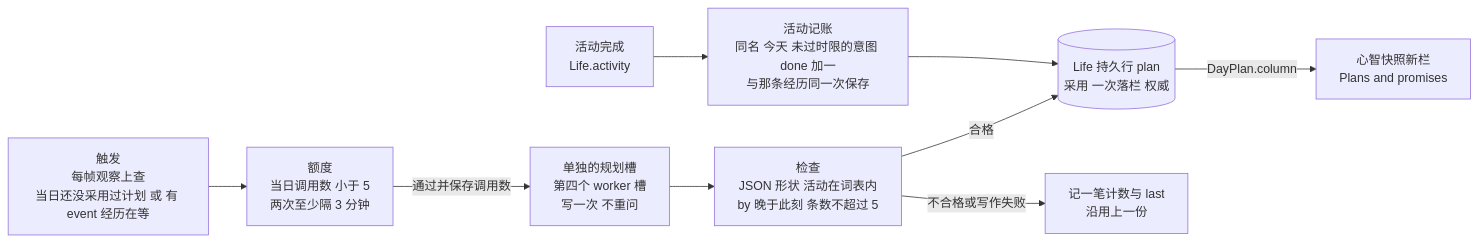
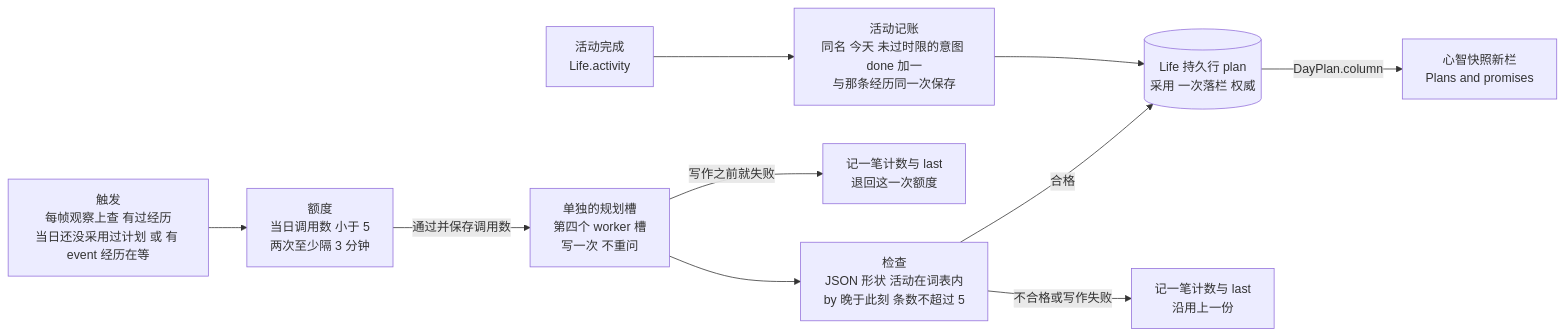
One commit to dyzdyz010/ex_mmo_cluster changed the fifth of 6 diagrams in apps/npc_server/lib/npc_server/README.md. Above: the diagram before and after it, drawn with Mermaid. The commit also changed other lines of this file and 8 other files, not shown here.

````diff
--- a/apps/npc_server/lib/npc_server/README.md
+++ b/apps/npc_server/lib/npc_server/README.md
@@ -788,11 +788,12 @@
 ```mermaid
 flowchart LR
-  T[触发<br/>每帧观察上查<br/>当日还没采用过计划 或 有 event 经历在等] --> Q[额度<br/>当日调用数 小于 5<br/>两次至少隔 3 分钟]
+  T[触发<br/>每帧观察上查 有过经历<br/>当日还没采用过计划 或 有 event 经历在等] --> Q[额度<br/>当日调用数 小于 5<br/>两次至少隔 3 分钟]
   Q -->|通过并保存调用数| W[单独的规划槽<br/>第四个 worker 槽<br/>写一次 不重问]
   W --> C[检查<br/>JSON 形状 活动在词表内<br/>by 晚于此刻 条数不超过 5]
   C -->|合格| A[(Life 持久行 plan<br/>采用 一次落栏 权威)]
   C -->|不合格或写作失败| F[记一笔计数与 last<br/>沿用上一份]
+  W -->|写作之前就失败| R[记一笔计数与 last<br/>退回这一次额度]
   X[活动完成<br/>Life.activity] --> B[活动记账<br/>同名 今天 未过时限的意图 done 加一<br/>与那条经历同一次保存]
   B --> A
   A -->|DayPlan.column| M[心智快照新栏<br/>Plans and promises]
 ```
````
